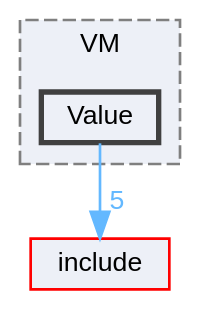
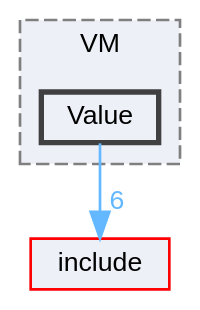
Before and after one commit to ArkScript-lang/old-website: the diagram in impl/dir_375ad7bfa85cc23425f660c16e8221c0_dep.dot, drawn with Graphviz. The commit also changed 2050 other files, not shown here.

```diff
--- a/impl/dir_375ad7bfa85cc23425f660c16e8221c0_dep.dot
+++ b/impl/dir_375ad7bfa85cc23425f660c16e8221c0_dep.dot
@@ -1,15 +1,15 @@
 digraph "/Users/fola/Documents/ArkScript/Ark/src/arkreactor/VM/Value"
 {
  // INTERACTIVE_SVG=YES
  // LATEX_PDF_SIZE
   bgcolor="transparent";
   edge [fontname=Helvetica,fontsize=10,labelfontname=Helvetica,labelfontsize=10];
   node [fontname=Helvetica,fontsize=10,shape=box,height=0.2,width=0.4];
   compound=true
   subgraph clusterdir_9600556d5cc28570e4ccd195a3befa41 {
     graph [ bgcolor="#edf0f7", pencolor="grey50", label="VM", fontname=Helvetica,fontsize=10 style="filled,dashed", URL="dir_9600556d5cc28570e4ccd195a3befa41.html",tooltip=""]
   dir_375ad7bfa85cc23425f660c16e8221c0 [label="Value", fillcolor="#edf0f7", color="grey25", style="filled,bold", URL="dir_375ad7bfa85cc23425f660c16e8221c0.html",tooltip=""];
   }
   dir_d44c64559bbebec7f509842c48db8b23 [label="include", fillcolor="#edf0f7", color="red", style="filled", URL="dir_d44c64559bbebec7f509842c48db8b23.html",tooltip=""];
-  dir_375ad7bfa85cc23425f660c16e8221c0->dir_d44c64559bbebec7f509842c48db8b23 [headlabel="5", labeldistance=1.5 headhref="dir_000024_000011.html" href="dir_000024_000011.html" color="steelblue1" fontcolor="steelblue1"];
+  dir_375ad7bfa85cc23425f660c16e8221c0->dir_d44c64559bbebec7f509842c48db8b23 [headlabel="6", labeldistance=1.5 headhref="dir_000042_000021.html" href="dir_000042_000021.html" color="steelblue1" fontcolor="steelblue1"];
 }
```
